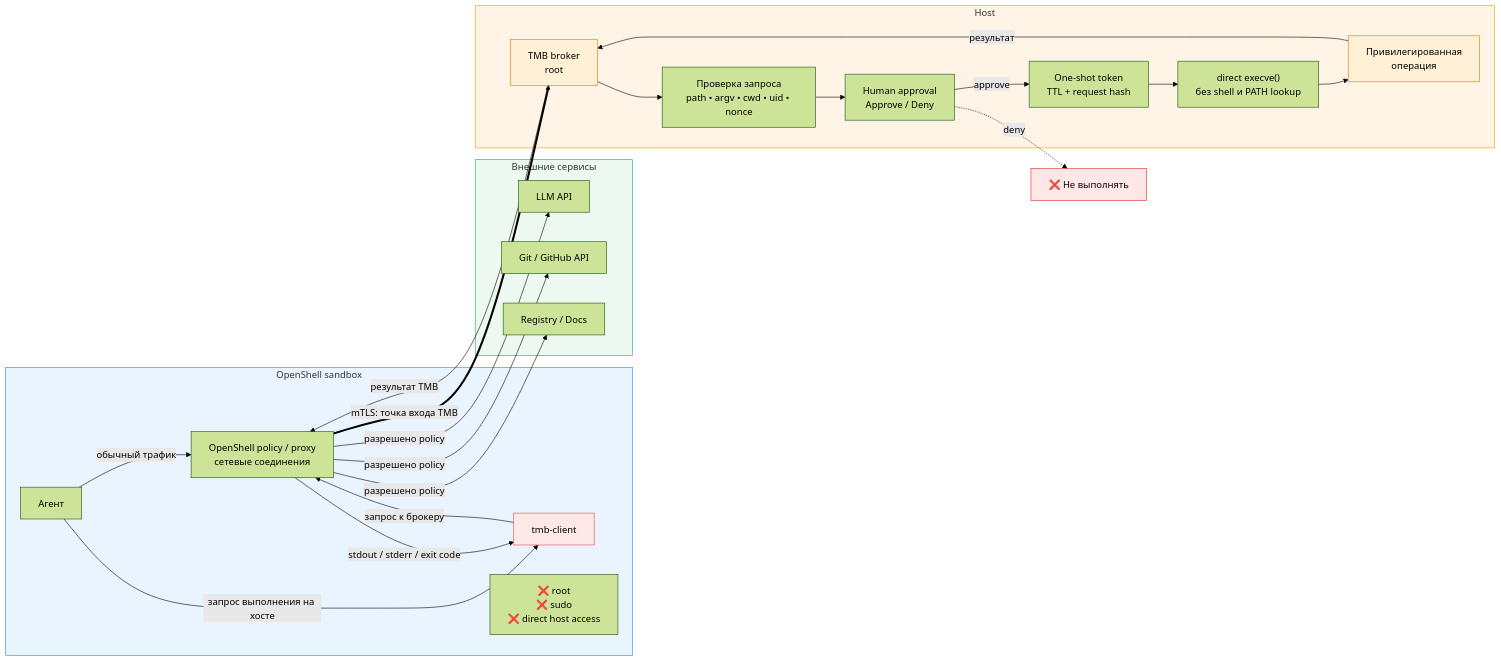
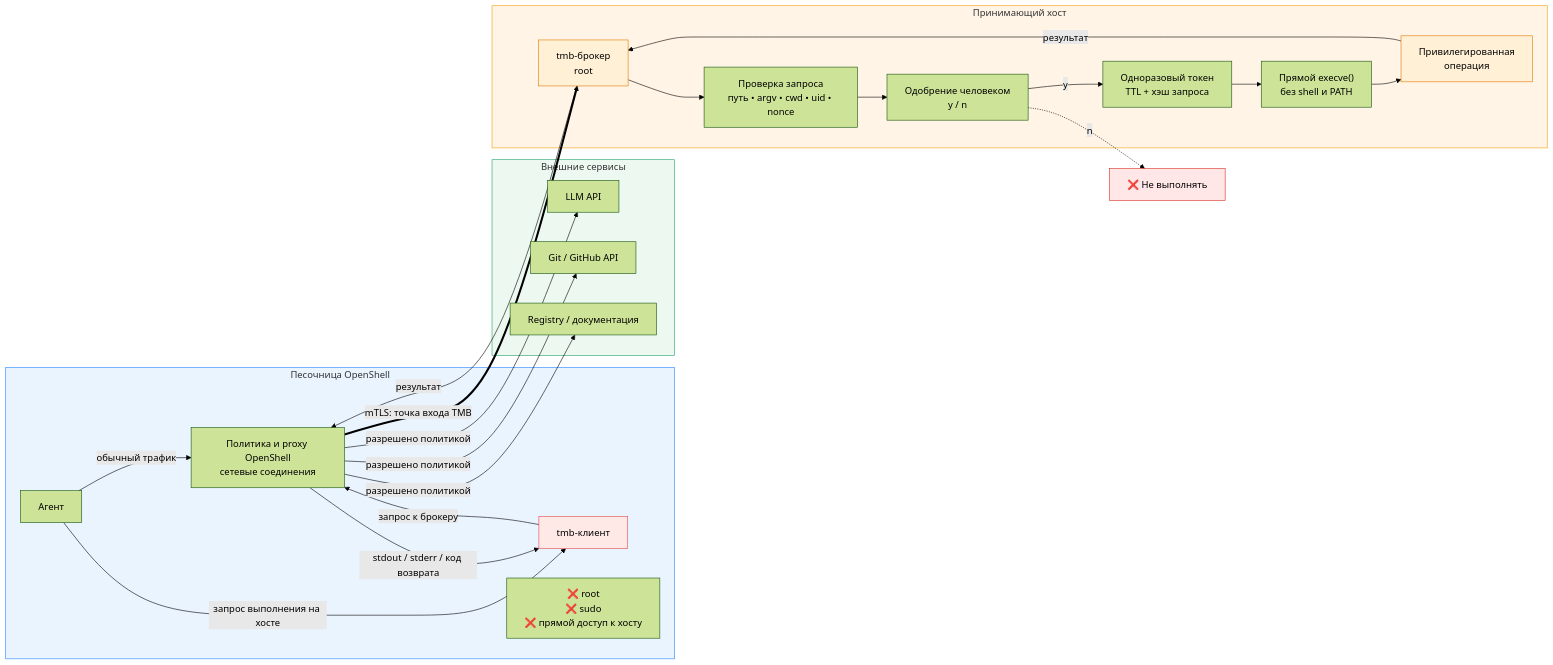
Before and after one commit to Vchekryzhov/tmb: the first of 2 diagrams in README.md, drawn with Mermaid (forest theme). The commit also changed other lines of this file and 9 other files, not shown here.

````diff
--- a/README.md
+++ b/README.md
@@ -46,62 +27,50 @@
 ```mermaid
 flowchart LR
-    subgraph OS["OpenShell sandbox"]
+    subgraph OS["Песочница OpenShell"]
         A["Агент"]
-
-        P["OpenShell policy / proxy<br/>сетевые соединения"]
-
-        C["tmb-client"]
-
-        X["❌ root<br/>❌ sudo<br/>❌ direct host access"]
-
+        P["Политика и proxy OpenShell<br/>сетевые соединения"]
+        C["tmb-клиент"]
+        X["❌ root<br/>❌ sudo<br/>❌ прямой доступ к хосту"]
         A -->|"обычный трафик"| P
         A -->|"запрос выполнения на хосте"| C
         C -->|"запрос к брокеру"| P
     end
 
     subgraph EXT["Внешние сервисы"]
         LLM["LLM API"]
         GIT["Git / GitHub API"]
-        REG["Registry / Docs"]
+        REG["Registry / документация"]
     end
 
-    P -->|"разрешено policy"| LLM
-    P -->|"разрешено policy"| GIT
-    P -->|"разрешено policy"| REG
+    P -->|"разрешено политикой"| LLM
+    P -->|"разрешено политикой"| GIT
+    P -->|"разрешено политикой"| REG
 
-    subgraph HOST["Host"]
-        B["TMB broker<br/>root"]
-
-        V["Проверка запроса<br/>path • argv • cwd • uid • nonce"]
-
-        H["Human approval<br/>Approve / Deny"]
-
-        T["One-shot token<br/>TTL + request hash"]
-
-        E["direct execve()<br/>без shell и PATH lookup"]
-
+    subgraph HOST["Принимающий хост"]
+        B["tmb-брокер<br/>root"]
+        V["Проверка запроса<br/>путь • argv • cwd • uid • nonce"]
+        H["Одобрение человеком<br/>y / n"]
+        T["Одноразовый токен<br/>TTL + хэш запроса"]
+        E["Прямой execve()<br/>без shell и PATH"]
         R["Привилегированная<br/>операция"]
-
         B --> V
         V --> H
-        H -->|"approve"| T
+        H -->|"y"| T
         T --> E
         E --> R
     end
 
     P ==>|"mTLS: точка входа TMB"| B
-
-    H -.->|"deny"| D["❌ Не выполнять"]
-
+    H -.->|"n"| D["❌ Не выполнять"]
     R -->|"результат"| B
-    B -->|"результат TMB"| P
-    P -->|"stdout / stderr / exit code"| C
+    B -->|"результат"| P
+    P -->|"stdout / stderr / код возврата"| C
 
     style OS fill:#eaf4ff,stroke:#2684ff
     style HOST fill:#fff4e5,stroke:#f59e0b
     style EXT fill:#edf9f0,stroke:#22a06b
     style C fill:#ffe9e7,stroke:#e5484d
     style B fill:#fff0d6,stroke:#e07800
     style R fill:#fff0d6,stroke:#e07800
     style D fill:#ffe7e7,stroke:#d92d20
 ```
````
